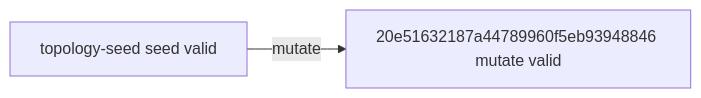
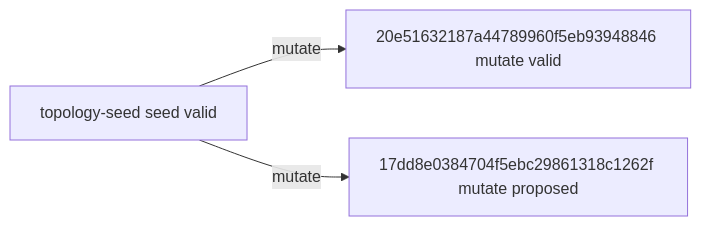
Before and after one commit to timbtz/feyer-search-lab: the diagram in experiments/campaigns/topology-smac-v1/README.md, drawn with Mermaid. The commit also changed other lines of this file and 7 other files, not shown here.

````diff
--- a/experiments/campaigns/topology-smac-v1/README.md
+++ b/experiments/campaigns/topology-smac-v1/README.md
@@ -21,6 +21,8 @@
 ```mermaid
 graph LR
   n0["topology-seed seed valid"]
   n1["20e51632187a44789960f5eb93948846 mutate valid"]
+  n2["17dd8e0384704f5ebc29861318c1262f mutate proposed"]
   n0 -->|mutate| n1
+  n0 -->|mutate| n2
 ```
````
